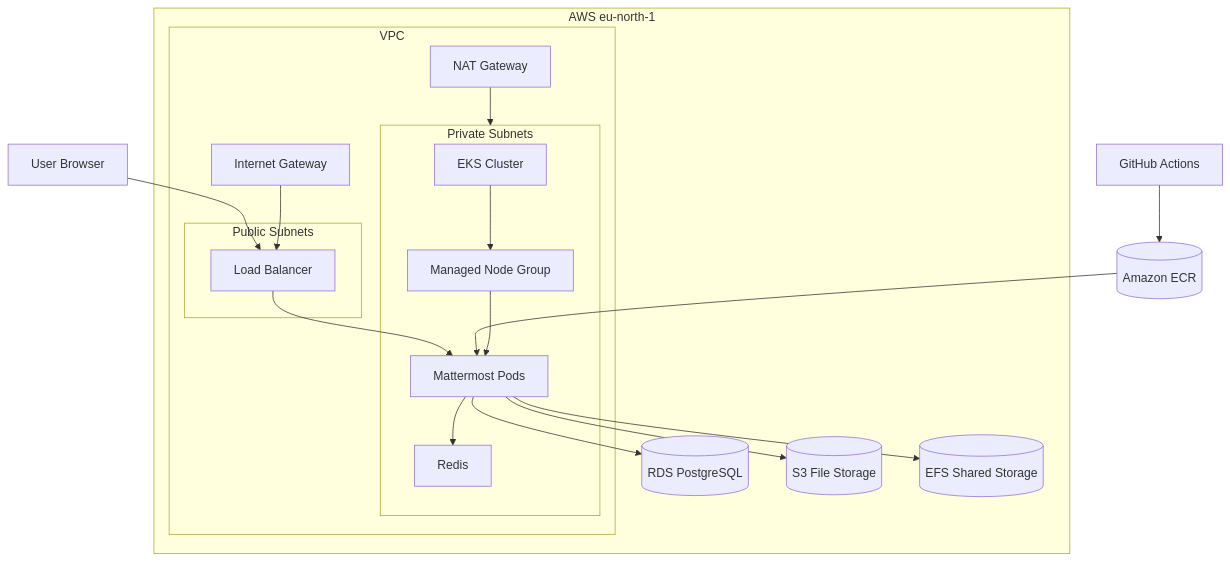
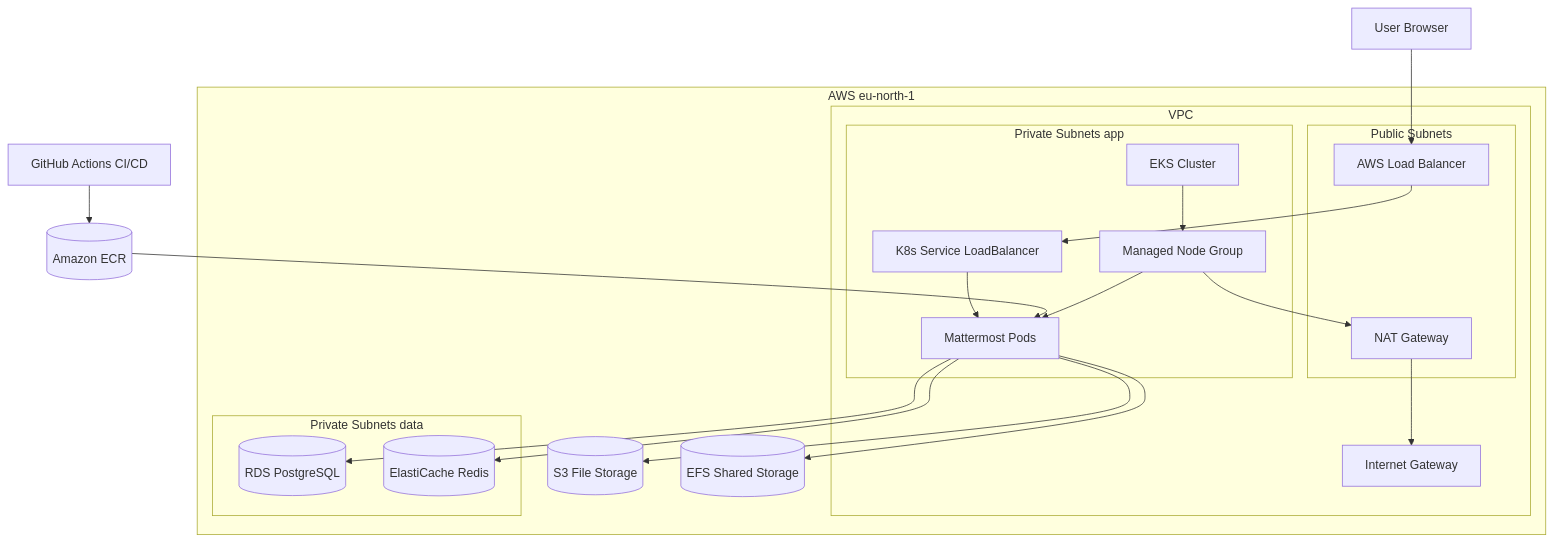
One commit to saeed0000000/project-mattermost changed the diagram in docs/architecture-diagram.md. Above: the diagram before and after it, drawn with Mermaid. The commit also changed other lines of this file and 5 other files, not shown here.

Commit message:
feat: add ingress support and aws load balancer controller addon

````diff
--- a/docs/architecture-diagram.md
+++ b/docs/architecture-diagram.md
@@ -3,37 +3,38 @@
 ```mermaid
 flowchart TB
   user[User Browser]
-  gha[GitHub Actions]
+  gha[GitHub Actions CI/CD]
   ecr[(Amazon ECR)]
 
   subgraph aws[AWS eu-north-1]
     subgraph vpc[VPC]
       igw[Internet Gateway]
-      nat[NAT Gateway]
       subgraph pub[Public Subnets]
-        alb[Load Balancer]
+        lb[AWS Load Balancer]
+        nat[NAT Gateway]
       end
-      subgraph priv[Private Subnets]
+      subgraph privApp[Private Subnets app]
         eks[EKS Cluster]
         ng[Managed Node Group]
+        svc[K8s Service LoadBalancer]
         mm[Mattermost Pods]
-        redis[Redis]
       end
     end
-    rds[(RDS PostgreSQL)]
+    subgraph privData[Private Subnets data]
+      rds[(RDS PostgreSQL)]
+      cache[(ElastiCache Redis)]
+    end
     s3[(S3 File Storage)]
     efs[(EFS Shared Storage)]
   end
 
-  user --> alb --> mm
-  mm --> rds
-  mm --> redis
+  user --> lb --> svc --> mm
   mm --> s3
   mm --> efs
+  mm --> rds
+  mm --> cache
 
-  gha --> ecr
-  ecr --> mm
-  igw --> alb
-  nat --> priv
+  gha --> ecr --> mm
   eks --> ng --> mm
+  ng --> nat --> igw
 ```
````
